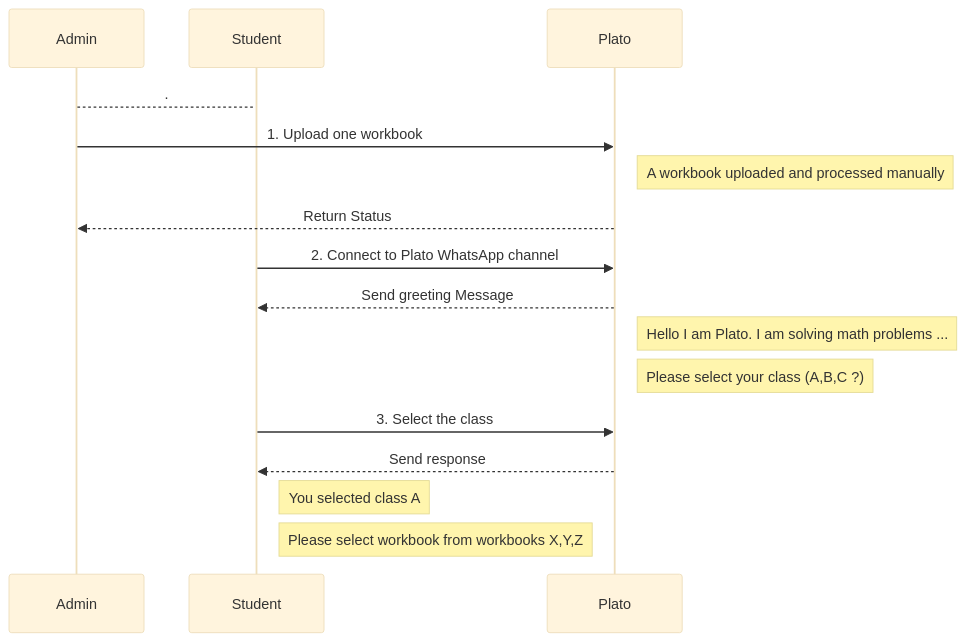
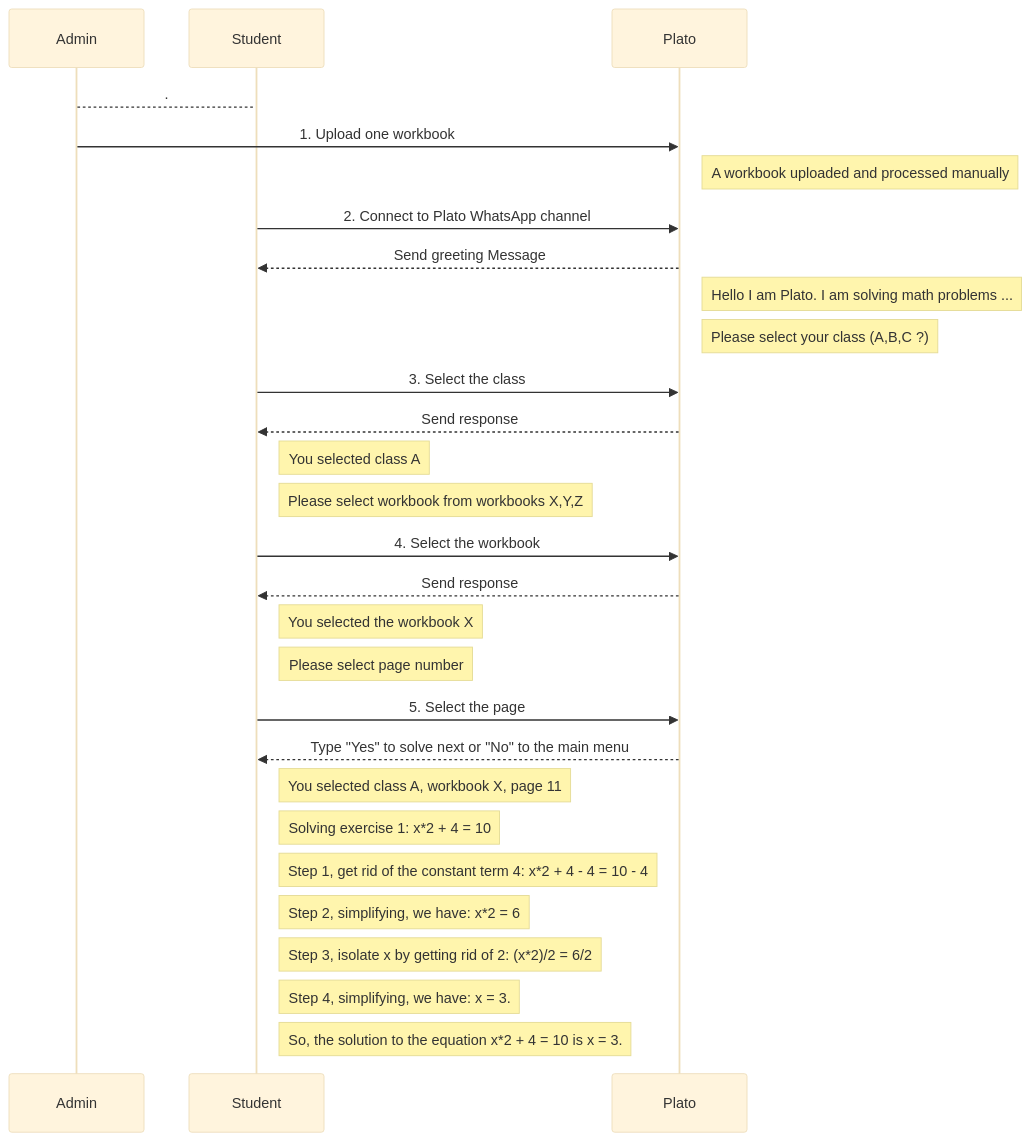
The third of 3 diagrams in docs/design.md (dimastatz/plato), drawn with Mermaid (base theme) before and after one commit.

Commit message:
Update design.md
Add MVP flow

````diff
--- a/docs/design.md
+++ b/docs/design.md
@@ -95,19 +95,32 @@
 ```mermaid
 sequenceDiagram
 Admin-->Student: .
 
 Admin->>Plato: 1. Upload one workbook
 Note right of Plato: A workbook uploaded and processed manually
-Plato-->>Admin: Return Status
 
 Student->>Plato: 2. Connect to Plato WhatsApp channel
 Plato-->>Student: Send greeting Message 
 Note right of Plato: Hello I am Plato. I am solving math problems ...
 Note right of Plato: Please select your class (A,B,C ?)
 
 Student->>Plato: 3. Select the class
 Plato-->>Student: Send response 
 Note right of Student: You selected class A
 Note right of Student: Please select workbook from workbooks X,Y,Z
 
+Student->>Plato: 4. Select the workbook
+Plato-->>Student: Send response 
+Note right of Student: You selected the workbook X
+Note right of Student: Please select page number
+
+Student->>Plato: 5. Select the page
+Plato-->>Student: Type "Yes" to solve next or "No" to the main menu 
+Note right of Student: You selected class A, workbook X, page 11
+Note right of Student: Solving exercise 1: x*2 + 4 = 10
+Note right of Student: Step 1, get rid of the constant term 4: x*2 + 4 - 4 = 10 - 4
+Note right of Student: Step 2, simplifying, we have: x*2 = 6
+Note right of Student: Step 3, isolate x by getting rid of 2: (x*2)/2 = 6/2
+Note right of Student: Step 4, simplifying, we have: x = 3.
+Note right of Student: So, the solution to the equation x*2 + 4 = 10 is x = 3.
 ```
````
